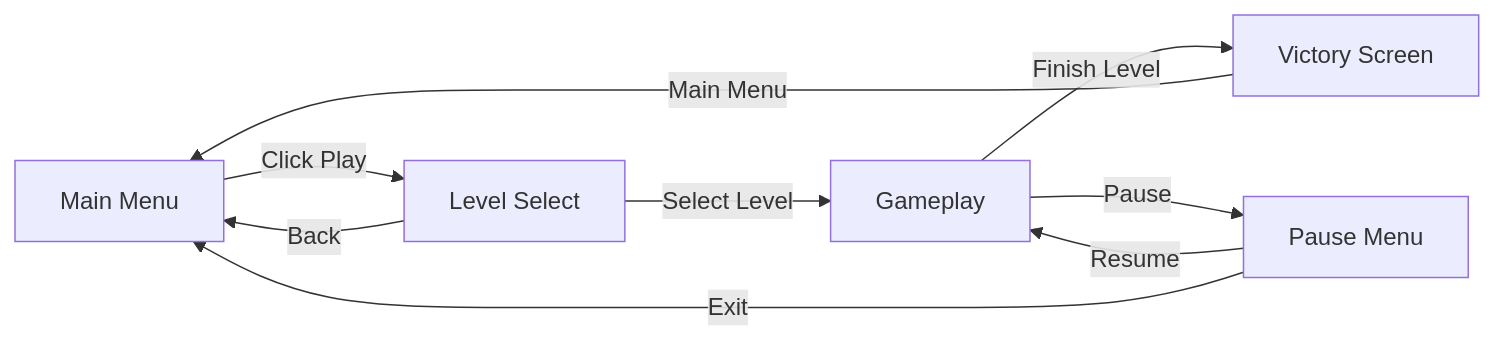
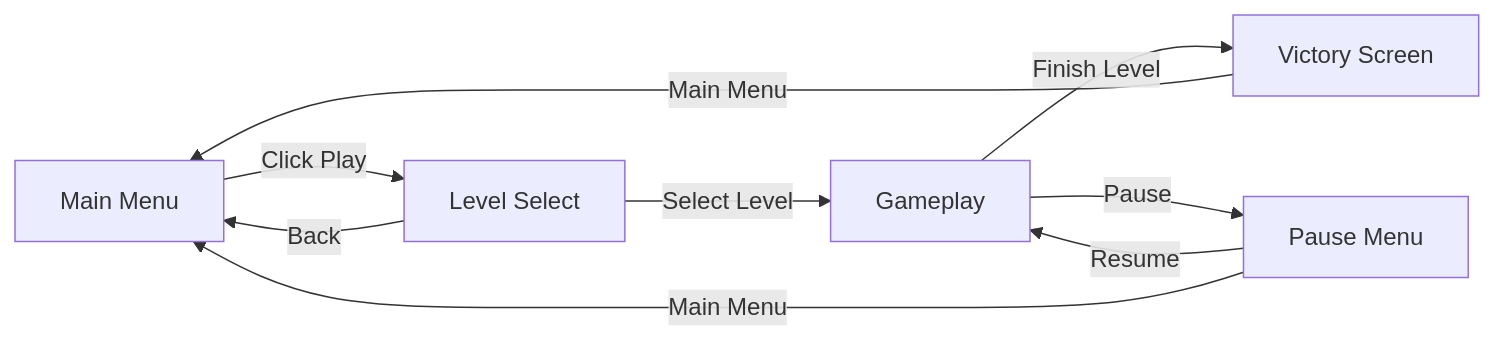
Before and after one commit to Justsomeguy241/Out-of-the-box: the first of 4 diagrams in README.md, drawn with Mermaid.

````diff
--- a/README.md
+++ b/README.md
@@ -31,18 +31,18 @@
 ```mermaid
 flowchart LR
   mm[Main Menu]
   gp[Gameplay]
   vs[Victory Screen]
   pm[Pause Menu]
   ls[Level Select]
 
   mm -- "Click Play" --> ls
   gp -- "Finish Level" --> vs
   vs -- "Main Menu" --> mm
   gp -- "Pause" --> pm
   pm -- "Resume" --> gp
   ls -- "Select Level" --> gp
   ls -- "Back" --> mm
-  pm -- "Exit" --> mm
+  pm -- "Main Menu" --> mm
 
 ```
````
